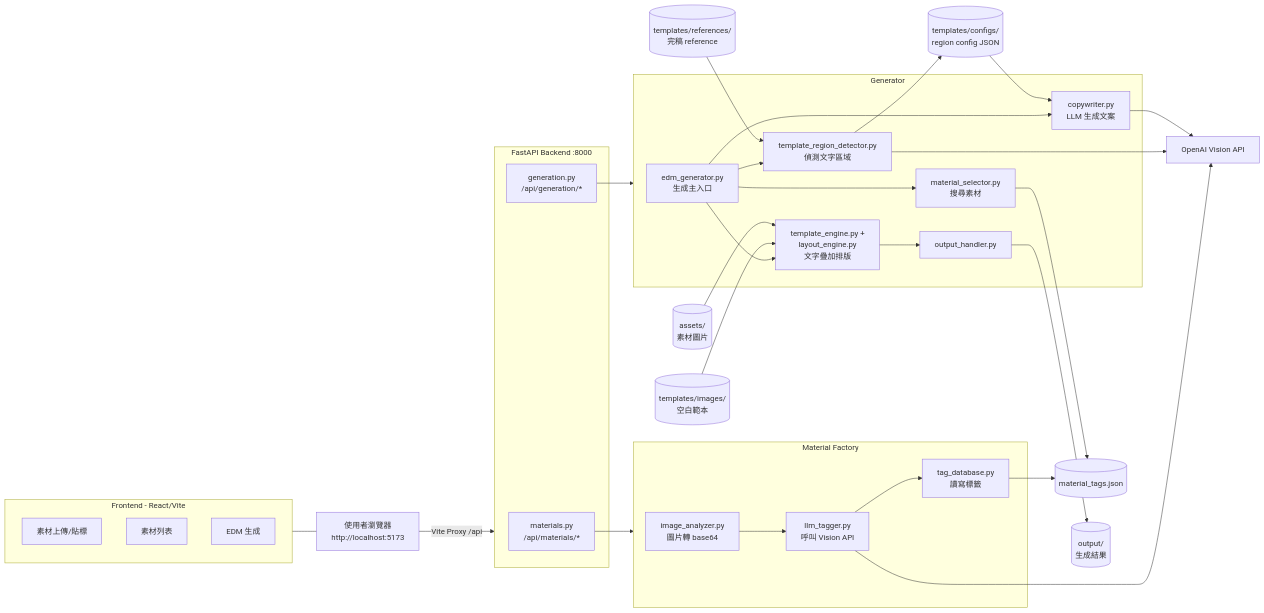
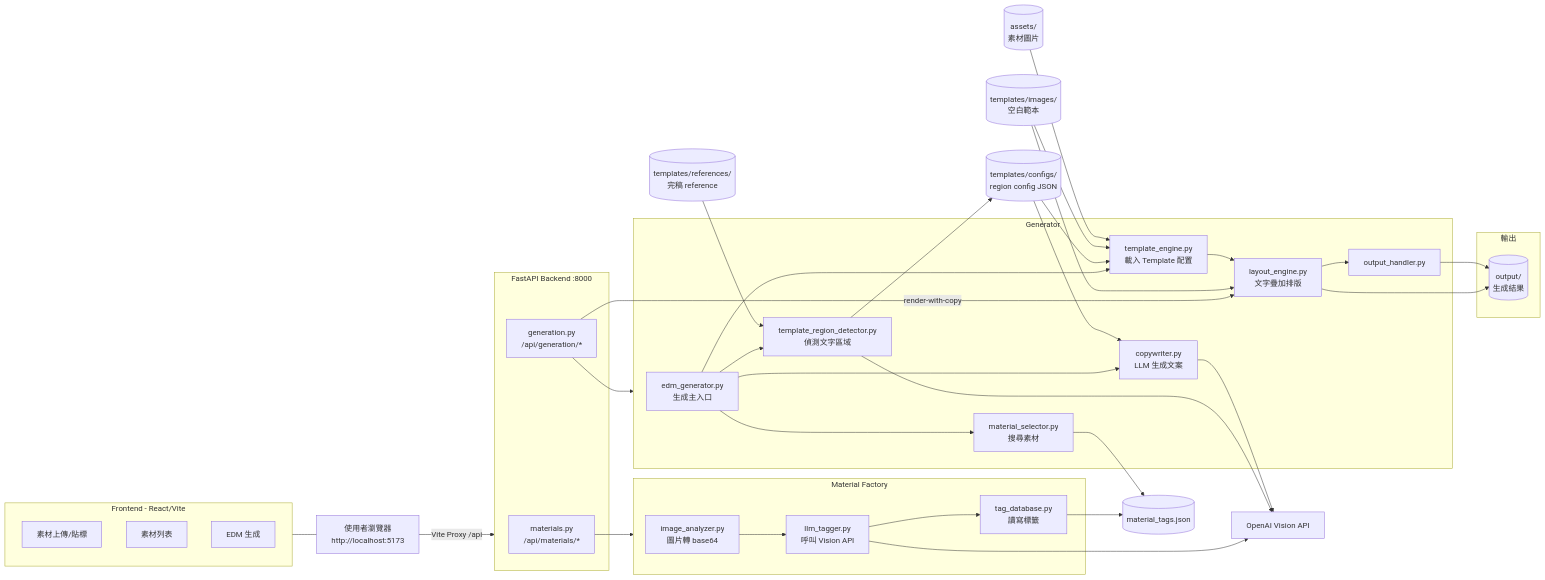
One commit to SamLai228/creative_agent changed the diagram in docs/architecture.md. Above: the diagram before and after it, drawn with Mermaid.

Commit message:
docs: fix architecture diagram accuracy and move output to far right
- Split TemplateEngine and LayoutEngine into separate nodes
- Add render-with-copy direct path (R_Generation → LayoutEngine → Output)
- Add missing TplConfigs → TemplateEngine connection
- Add TplImages → LayoutEngine connection
- Move output/ into OutputZone subgraph for rightmost placement

````diff
--- a/docs/architecture.md
+++ b/docs/architecture.md
@@ -3,65 +3,74 @@
 ```mermaid
 flowchart LR
     Browser["使用者瀏覽器<br/>http://localhost:5173"]
 
     subgraph Frontend["Frontend - React/Vite"]
         UI_Upload["素材上傳/貼標"]
         UI_List["素材列表"]
         UI_Generate["EDM 生成"]
     end
 
     subgraph Backend["FastAPI Backend :8000"]
         R_Materials["materials.py<br/>/api/materials/*"]
         R_Generation["generation.py<br/>/api/generation/*"]
     end
 
     subgraph MaterialFactory["Material Factory"]
         ImageAnalyzer["image_analyzer.py<br/>圖片轉 base64"]
         LLMTagger["llm_tagger.py<br/>呼叫 Vision API"]
         TagDatabase["tag_database.py<br/>讀寫標籤"]
     end
 
     subgraph Generator["Generator"]
         EDMGenerator["edm_generator.py<br/>生成主入口"]
         MaterialSelector["material_selector.py<br/>搜尋素材"]
         RegionDetector["template_region_detector.py<br/>偵測文字區域"]
-        TemplateEngine["template_engine.py +<br/>layout_engine.py<br/>文字疊加排版"]
+        TemplateEngine["template_engine.py<br/>載入 Template 配置"]
+        LayoutEngine["layout_engine.py<br/>文字疊加排版"]
         Copywriter["copywriter.py<br/>LLM 生成文案"]
         OutputHandler["output_handler.py"]
     end
 
     OpenAI["OpenAI Vision API"]
 
     DB[("material_tags.json")]
     Assets[("assets/<br/>素材圖片")]
     TplImages[("templates/images/<br/>空白範本")]
     TplRefs[("templates/references/<br/>完稿 reference")]
     TplConfigs[("templates/configs/<br/>region config JSON")]
-    Output[("output/<br/>生成結果")]
+
+    subgraph OutputZone["輸出"]
+        Output[("output/<br/>生成結果")]
+    end
 
     Browser -->|"Vite Proxy /api"| Backend
     Frontend --- Browser
 
     R_Materials --> MaterialFactory
     R_Generation --> Generator
+    R_Generation -->|"render-with-copy"| LayoutEngine
 
     ImageAnalyzer --> LLMTagger
     LLMTagger --> OpenAI
     LLMTagger --> TagDatabase
     TagDatabase --> DB
 
     EDMGenerator --> MaterialSelector
     EDMGenerator --> RegionDetector
     EDMGenerator --> Copywriter
     EDMGenerator --> TemplateEngine
     MaterialSelector --> DB
     TplRefs --> RegionDetector
     RegionDetector --> OpenAI
     RegionDetector --> TplConfigs
     TplConfigs --> Copywriter
+    TplConfigs --> TemplateEngine
     Copywriter --> OpenAI
     TplImages --> TemplateEngine
+    TplImages --> LayoutEngine
     Assets --> TemplateEngine
-    TemplateEngine --> OutputHandler
+    TemplateEngine --> LayoutEngine
+    LayoutEngine --> OutputHandler
+    LayoutEngine --> Output
     OutputHandler --> Output
 ```
````
